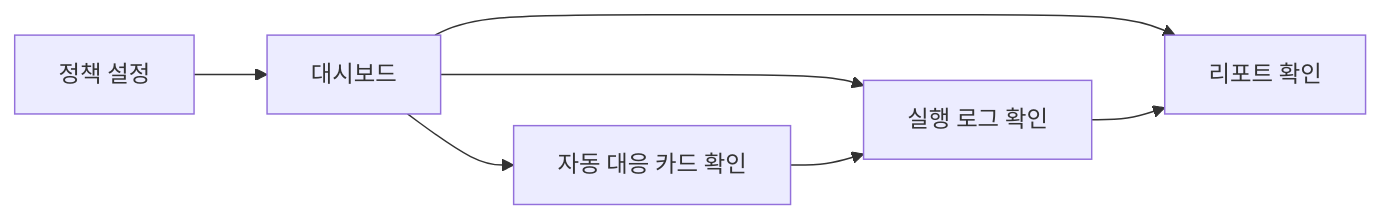
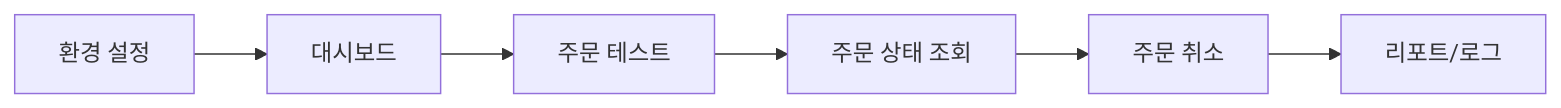
Before and after one commit to UpstageAI/sw-maestro-project: the diagram in FE.md, drawn with Mermaid. The commit also changed other lines of this file and 8 other files, not shown here.

Commit message:
refactor: rewrite docs for Binance Spot Testnet trading flow

````diff
--- a/FE.md
+++ b/FE.md
@@ -28,9 +28,8 @@
 ```mermaid
 flowchart LR
-    A[정책 설정] --> B[대시보드]
-    B --> C[자동 대응 카드 확인]
-    B --> D[실행 로그 확인]
-    B --> E[리포트 확인]
-    C --> D
-    D --> E
+    A[환경 설정] --> B[대시보드]
+    B --> C[주문 테스트]
+    C --> D[주문 상태 조회]
+    D --> E[주문 취소]
+    E --> F[리포트/로그]
 ```
````
